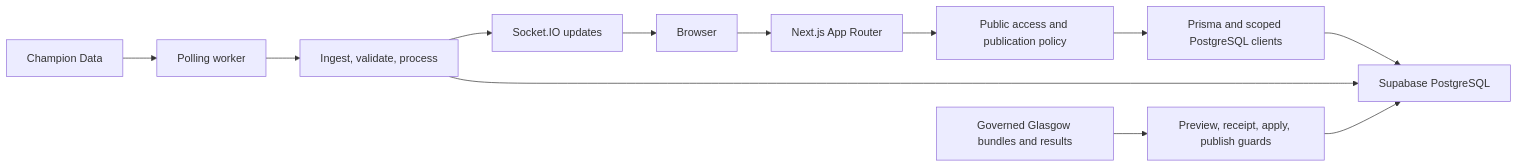
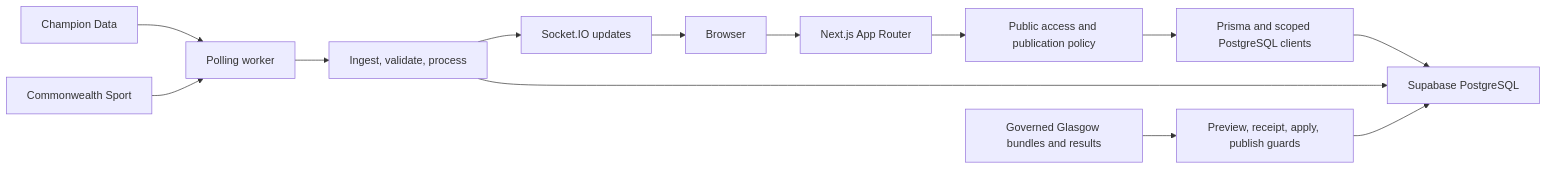
Before and after one commit to SilverCrocus/netball-boxscores: the diagram in docs/architecture.md, drawn with Mermaid. The commit also changed other lines of this file and 27 other files, not shown here.

````diff
--- a/docs/architecture.md
+++ b/docs/architecture.md
@@ -28,14 +28,15 @@
 ```mermaid
 flowchart LR
     U["Browser"] --> N["Next.js App Router"]
     N --> P["Public access and publication policy"]
     P --> D["Prisma and scoped PostgreSQL clients"]
     D --> S["Supabase PostgreSQL"]
     C["Champion Data"] --> W["Polling worker"]
+    F["Commonwealth Sport"] --> W
     W --> I["Ingest, validate, process"]
     I --> S
     I --> O["Socket.IO updates"]
     O --> U
     G["Governed Glasgow bundles and results"] --> R["Preview, receipt, apply, publish guards"]
     R --> S
 ```
````
